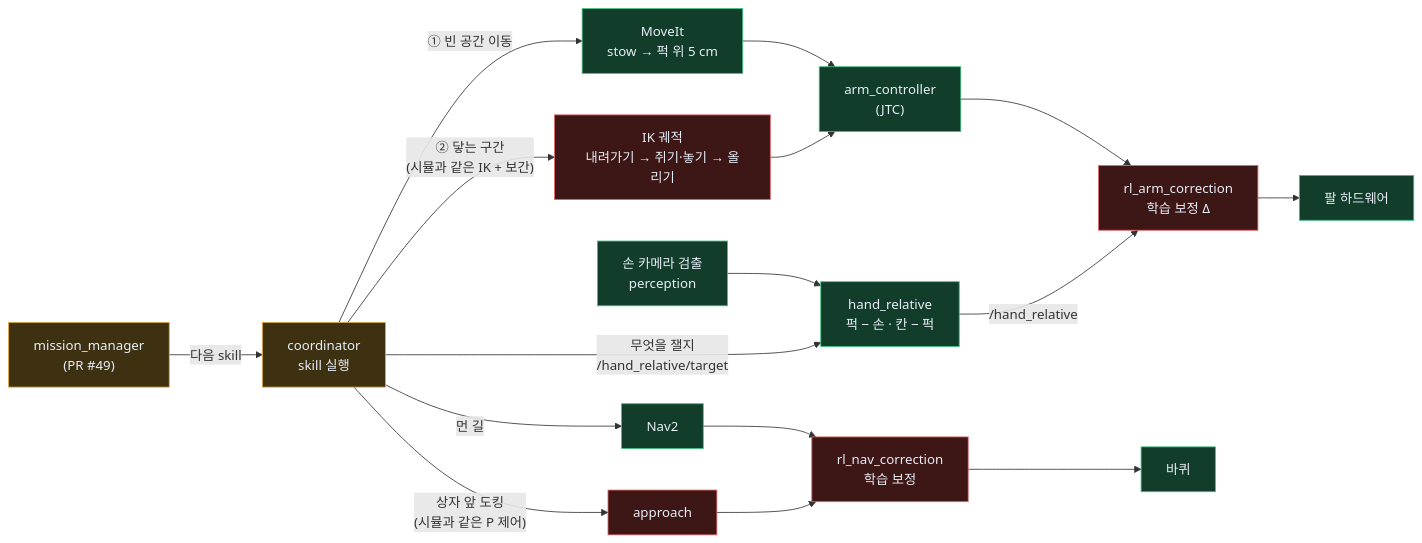
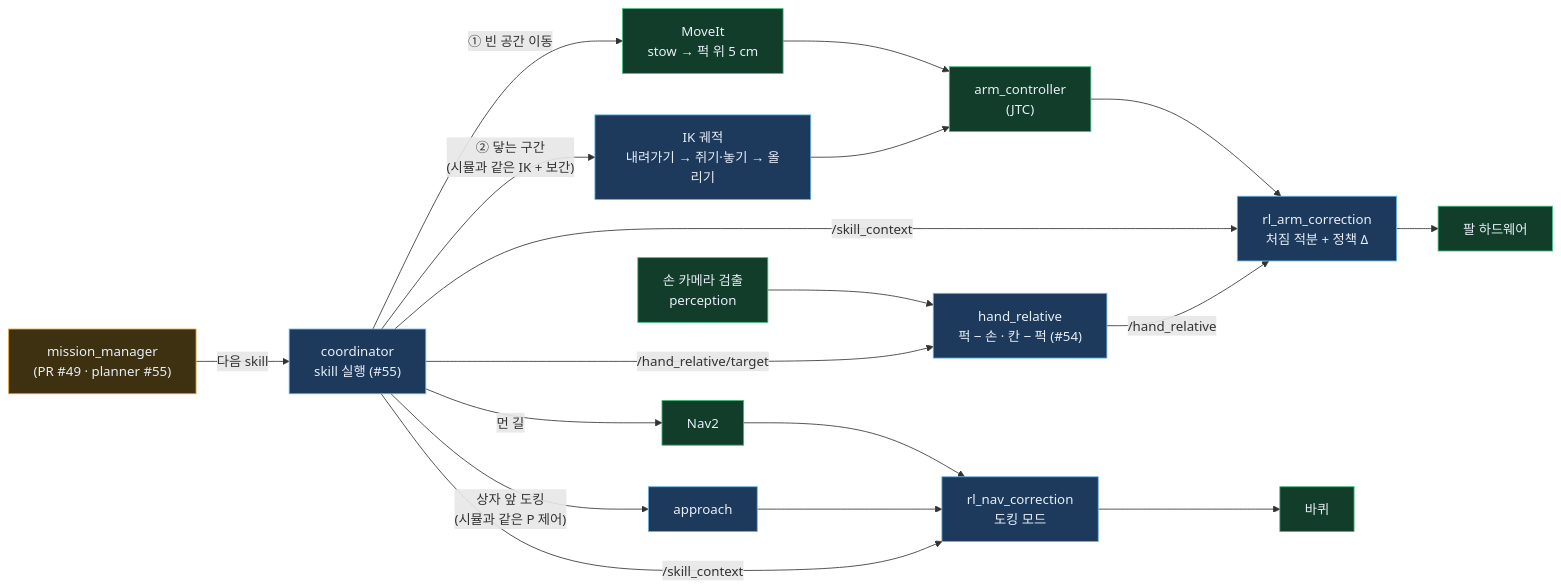
One commit to JuneKunst/JuneKunst.github.io changed the third of 9 diagrams in bee/system-map.md. Above: the diagram before and after it, drawn with Mermaid. The commit also changed other lines of this file and 1 other file, not shown here.

````diff
--- a/bee/system-map.md
+++ b/bee/system-map.md
@@ -72,21 +75,23 @@
 ```mermaid
 flowchart LR
-  g3_MM["mission_manager<br/>(PR #49)"]:::wip -->|"다음 skill"| g3_CO["coordinator<br/>skill 실행"]:::wip
+  g3_MM["mission_manager<br/>(PR #49 · planner #55)"]:::wip -->|"다음 skill"| g3_CO["coordinator<br/>skill 실행 (#55)"]:::code
   g3_CO -->|"① 빈 공간 이동"| g3_MV["MoveIt<br/>stow → 퍽 위 5 cm"]:::ok
-  g3_CO -->|"② 닿는 구간<br/>(시뮬과 같은 IK + 보간)"| g3_IK["IK 궤적<br/>내려가기 → 쥐기·놓기 → 올리기"]:::no
+  g3_CO -->|"② 닿는 구간<br/>(시뮬과 같은 IK + 보간)"| g3_IK["IK 궤적<br/>내려가기 → 쥐기·놓기 → 올리기"]:::code
   g3_MV --> g3_JTC["arm_controller<br/>(JTC)"]:::ok
   g3_IK --> g3_JTC
-  g3_JTC --> g3_RC["rl_arm_correction<br/>학습 보정 Δ"]:::no
+  g3_JTC --> g3_RC["rl_arm_correction<br/>처짐 적분 + 정책 Δ"]:::code
   g3_RC --> g3_HW["팔 하드웨어"]:::ok
-  g3_CAM["손 카메라 검출<br/>perception"]:::ok --> g3_HR["hand_relative<br/>퍽 − 손 · 칸 − 퍽"]:::ok
-  g3_CO -->|"무엇을 잴지<br/>/hand_relative/target"| g3_HR
+  g3_CAM["손 카메라 검출<br/>perception"]:::ok --> g3_HR["hand_relative<br/>퍽 − 손 · 칸 − 퍽 (#54)"]:::code
+  g3_CO -->|"/hand_relative/target"| g3_HR
+  g3_CO -->|"/skill_context"| g3_RC
   g3_HR -->|"/hand_relative"| g3_RC
   g3_CO -->|"먼 길"| g3_NAV["Nav2"]:::ok
-  g3_CO -->|"상자 앞 도킹<br/>(시뮬과 같은 P 제어)"| g3_AP["approach"]:::no
-  g3_NAV --> g3_NC["rl_nav_correction<br/>학습 보정"]:::no
+  g3_CO -->|"상자 앞 도킹<br/>(시뮬과 같은 P 제어)"| g3_AP["approach"]:::code
+  g3_NAV --> g3_NC["rl_nav_correction<br/>도킹 모드"]:::code
   g3_AP --> g3_NC
+  g3_CO -->|"/skill_context"| g3_NC
   g3_NC --> g3_BASE["바퀴"]:::ok
   classDef ok fill:#123d2a,stroke:#3fbf7f,color:#e8eef8
+  classDef code fill:#1d3a5c,stroke:#67b7e8,color:#e8eef8
   classDef wip fill:#3d3112,stroke:#e2a83a,color:#e8eef8
-  classDef no fill:#3d1616,stroke:#e06666,color:#e8eef8
 ```
````
